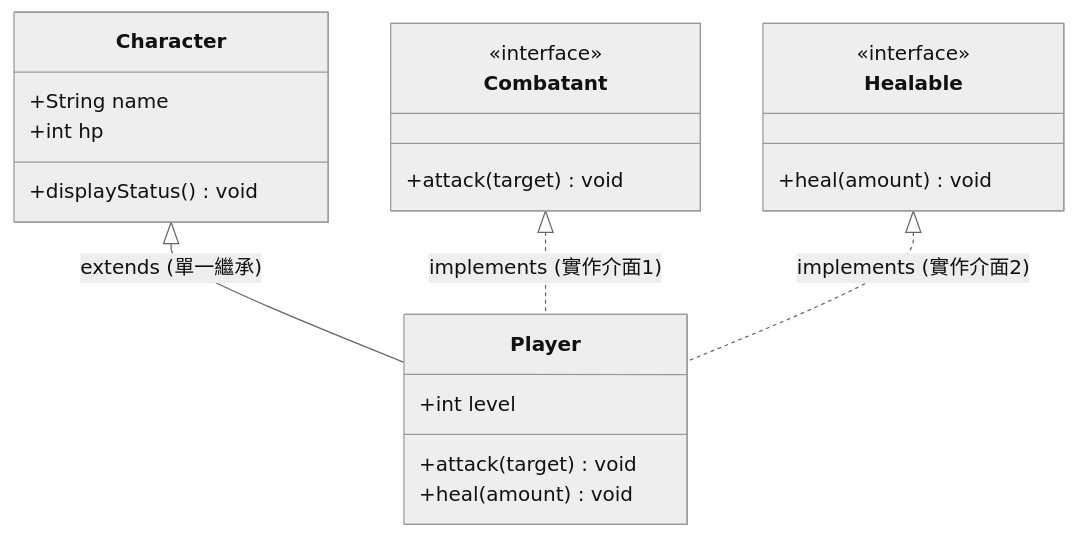
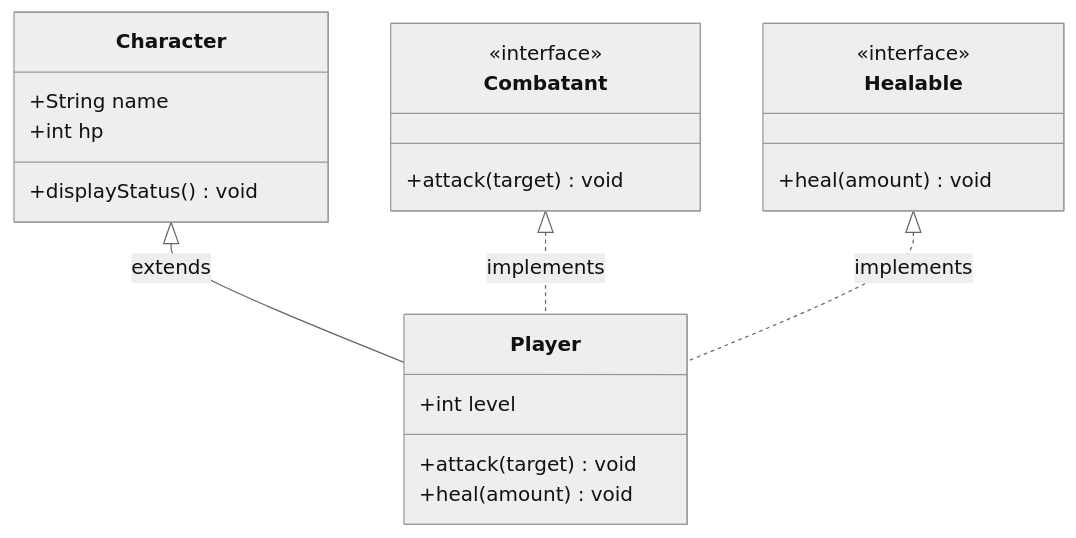
One commit to dukehug/mkdocs_dknotes changed the second of 3 diagrams in docs/Adamson/2026/OOP Java/Module-8-Inheritance.md. Above: the diagram before and after it, drawn with Mermaid (neutral theme).

Commit message:
upadte notes: Thu Apr 23 05:36:00 PM CST 2026

````diff
--- a/docs/Adamson/2026/OOP Java/Module-8-Inheritance.md
+++ b/docs/Adamson/2026/OOP Java/Module-8-Inheritance.md
@@ -220,32 +220,32 @@
 ```mermaid
 classDiagram
-    %% 定義父類別
+    
     class Character {
         +String name
         +int hp
         +displayStatus() void
     }
 
-    %% 定義介面 (Java 多重繼承的替代方案)
+    
     class Combatant {
         <<interface>>
         +attack(target) void
     }
 
     class Healable {
         <<interface>>
         +heal(amount) void
     }
 
-    %% Player 類別的繼承與實作
+    
     class Player {
         +int level
         +attack(target) void
         +heal(amount) void
     }
 
-    %% 關係表示
-    Character <|-- Player : extends (單一繼承)
-    Combatant <|.. Player : implements (實作介面1)
-    Healable <|.. Player : implements (實作介面2)
+    
+    Character <|-- Player : extends 
+    Combatant <|.. Player : implements 
+    Healable <|.. Player : implements 
 ```
````
